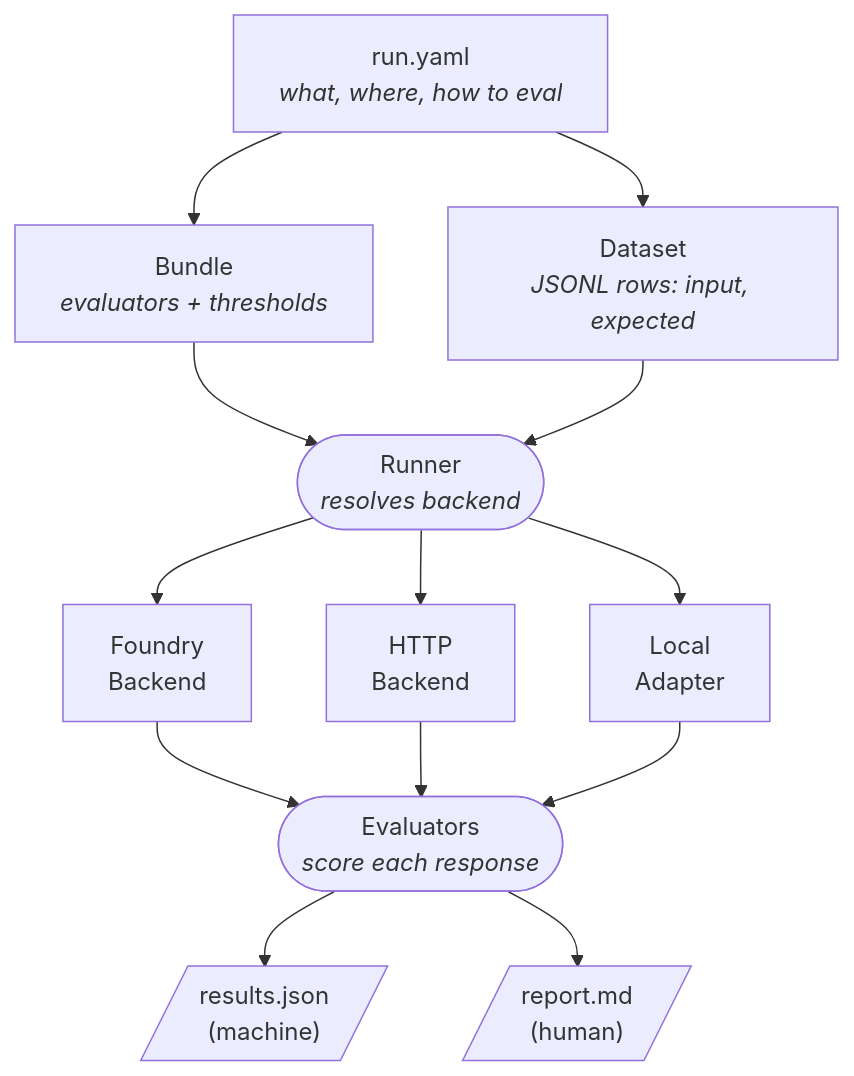
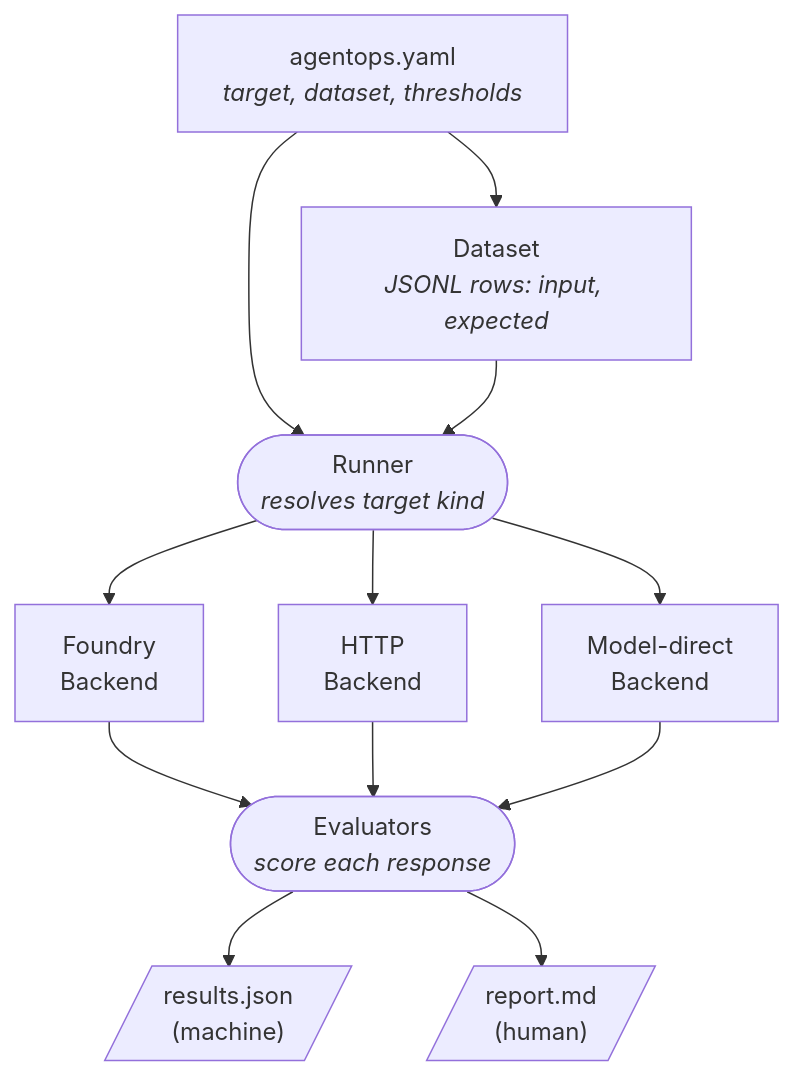
The diagram in docs/concepts.md (Azure/agentops), drawn with Mermaid before and after one commit. The commit also changed other lines of this file and 18 other files, not shown here.

````diff
--- a/docs/concepts.md
+++ b/docs/concepts.md
@@ -7,26 +8,24 @@
 ```mermaid
 flowchart TD
-    run["run.yaml<br/><i>what, where, how to eval</i>"]
-    bundle["Bundle<br/><i>evaluators + thresholds</i>"]
+    config["agentops.yaml<br/><i>target, dataset, thresholds</i>"]
     dataset["Dataset<br/><i>JSONL rows: input, expected</i>"]
-    runner(["Runner<br/><i>resolves backend</i>"])
+    runner(["Runner<br/><i>resolves target kind</i>"])
     foundry["Foundry<br/>Backend"]
     http["HTTP<br/>Backend"]
-    local["Local<br/>Adapter"]
+    model["Model-direct<br/>Backend"]
     evals(["Evaluators<br/><i>score each response</i>"])
     results[/"results.json<br/>(machine)"/]
     report[/"report.md<br/>(human)"/]
 
-    run --> bundle
-    run --> dataset
-    bundle --> runner
+    config --> dataset
+    config --> runner
     dataset --> runner
     runner --> foundry
     runner --> http
-    runner --> local
+    runner --> model
     foundry --> evals
     http --> evals
-    local --> evals
+    model --> evals
     evals --> results
     evals --> report
 ```
````
